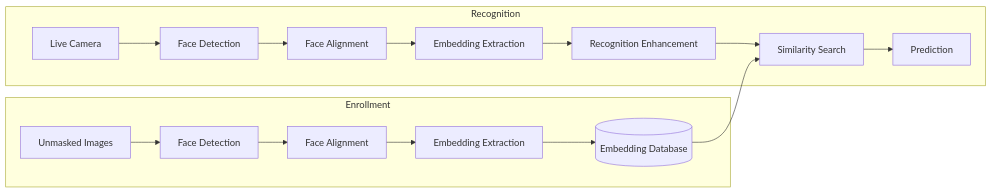
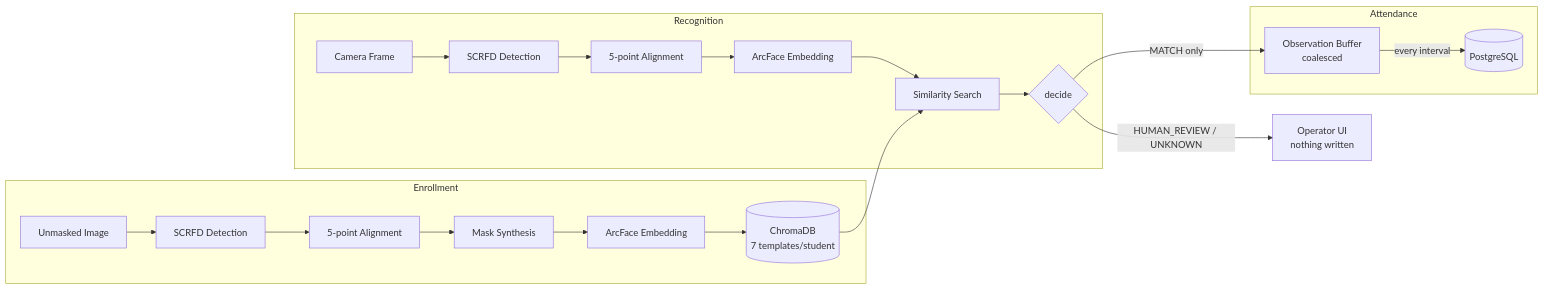
One commit to varunaditya27/Project_ARGUS changed the diagram in README.md. Above: the diagram before and after it, drawn with Mermaid. The commit also changed other lines of this file and 8 other files, not shown here.

````diff
--- a/README.md
+++ b/README.md
@@ -47,34 +143,34 @@
 ```mermaid
 flowchart LR
 
 subgraph Enrollment
-A[Unmasked Images]
-B[Face Detection]
-C[Face Alignment]
-D[Embedding Extraction]
-E[(Embedding Database)]
+A[Unmasked Image]
+B[SCRFD Detection]
+C[5-point Alignment]
+D[Mask Synthesis]
+E[ArcFace Embedding]
+F[(ChromaDB<br/>7 templates/student)]
 end
 
 subgraph Recognition
-F[Live Camera]
-G[Face Detection]
-H[Face Alignment]
-I[Embedding Extraction]
-J[Recognition Enhancement]
+G[Camera Frame]
+H[SCRFD Detection]
+I[5-point Alignment]
+J[ArcFace Embedding]
 K[Similarity Search]
-L[Prediction]
+L{decide}
 end
 
-A --> B
-B --> C
-C --> D
-D --> E
+subgraph Attendance
+M[Observation Buffer<br/>coalesced]
+N[(PostgreSQL)]
+end
 
-F --> G
-G --> H
-H --> I
-I --> J
-J --> K
-E --> K
+A --> B --> C --> D --> E --> F
+G --> H --> I --> J --> K
+F --> K
 K --> L
+L -->|MATCH only| M
+M -->|every interval| N
+L -->|HUMAN_REVIEW / UNKNOWN| O[Operator UI<br/>nothing written]
 ```
````
